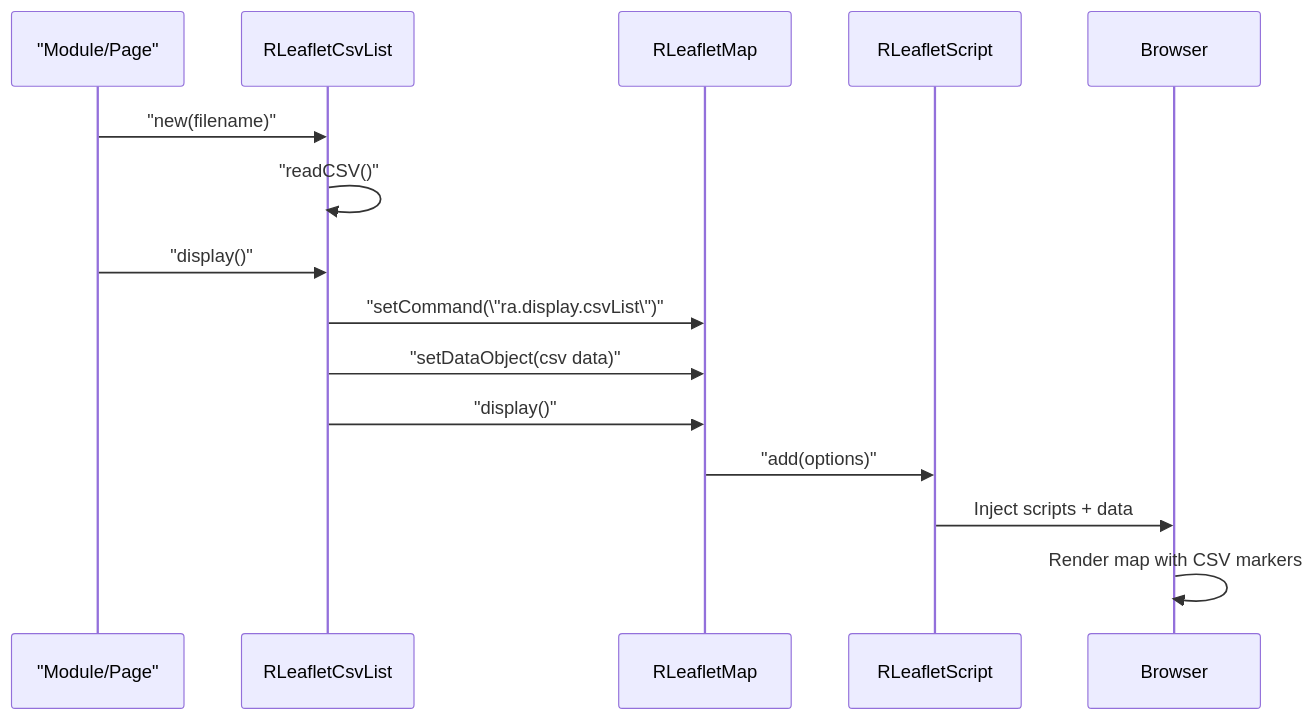
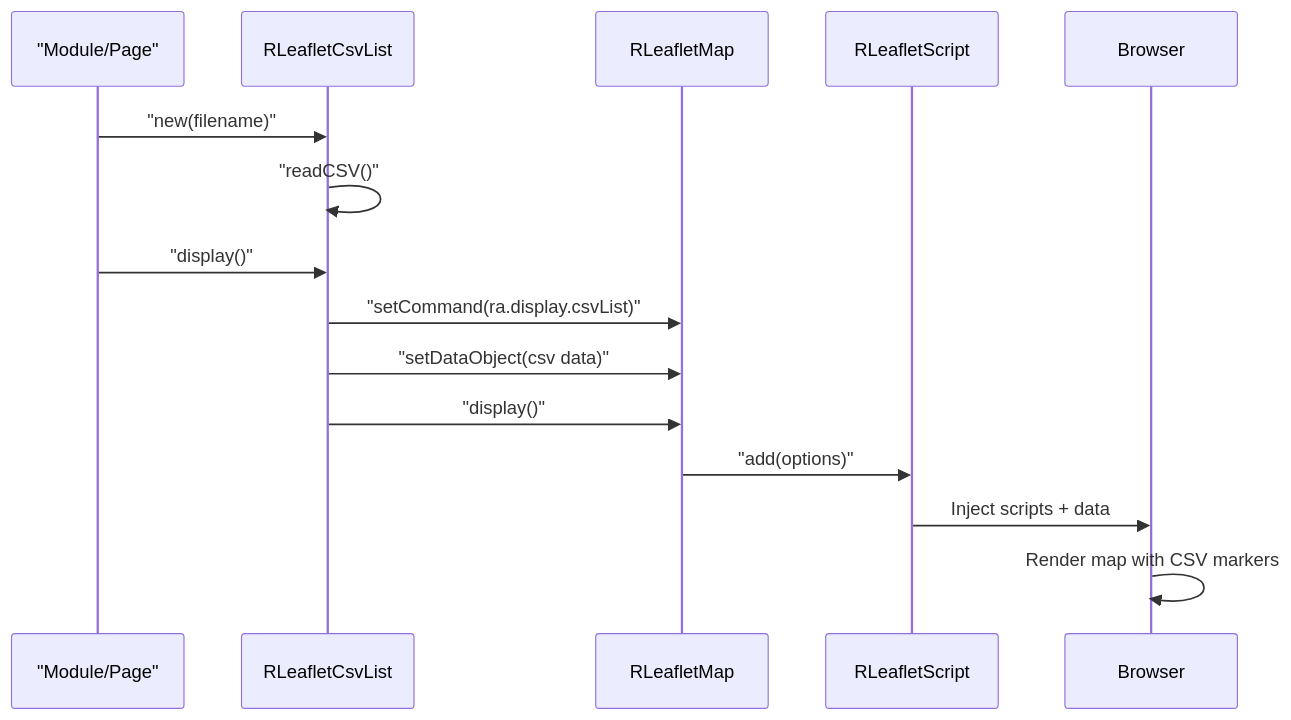
The third of 4 diagrams in leaflet/HLD.md (pauljrhodes/ramblers-library), drawn with Mermaid before and after one commit. The commit also changed other lines of this file and 32 other files, not shown here.

Commit message:
Fix Mermaid diagrams for GitHub rendering

````diff
--- a/leaflet/HLD.md
+++ b/leaflet/HLD.md
@@ -251,18 +251,18 @@
 ```mermaid
 sequenceDiagram
     participant Caller as "Module/Page"
     participant CsvList as RLeafletCsvList
     participant Map as RLeafletMap
     participant Script as RLeafletScript
     participant Browser as Browser
 
     Caller->>CsvList: "new(filename)"
     CsvList->>CsvList: "readCSV()"
     Caller->>CsvList: "display()"
-    CsvList->>Map: "setCommand(\"ra.display.csvList\")"
+    CsvList->>Map: "setCommand(ra.display.csvList)"
     CsvList->>Map: "setDataObject(csv data)"
     CsvList->>Map: "display()"
     Map->>Script: "add(options)"
     Script->>Browser: Inject scripts + data
     Browser->>Browser: Render map with CSV markers
 ```
````
